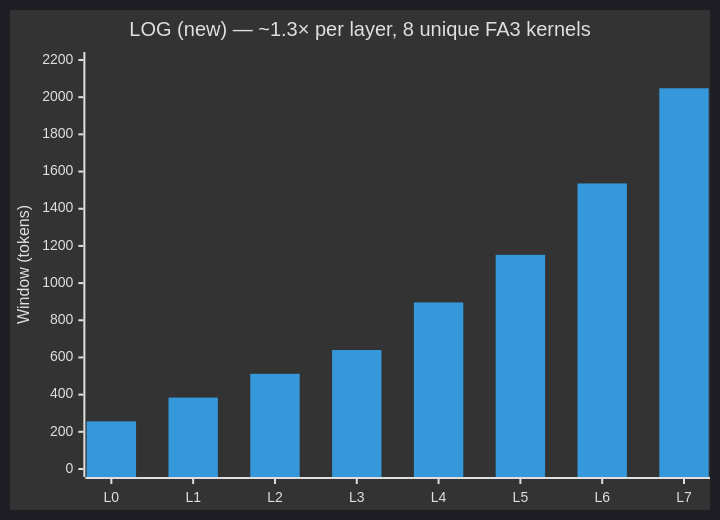
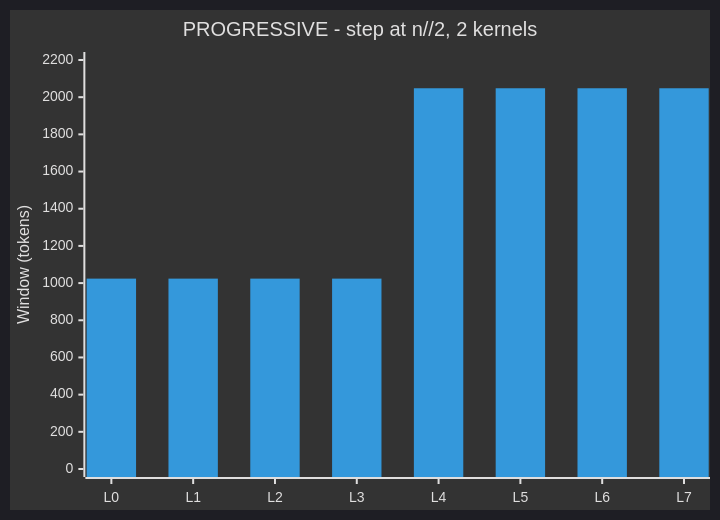
One commit to Hatajohn/autoresearch changed the third of 5 diagrams in architecture.md. Above: the diagram before and after it, drawn with Mermaid. The commit also changed other lines of this file and 1 other file, not shown here.

First line of the commit message:
Make LOG the default window pattern; fix Mermaid syntax errors

````diff
--- a/architecture.md
+++ b/architecture.md
@@ -171,8 +171,8 @@
 ```mermaid
 %%{init: {'theme': 'dark'}}%%
 xychart-beta
-    title "LOG  (new) — ~1.3× per layer, 8 unique FA3 kernels"
+    title "PROGRESSIVE - step at n//2, 2 kernels"
     x-axis ["L0", "L1", "L2", "L3", "L4", "L5", "L6", "L7"]
     y-axis "Window (tokens)" 0 --> 2200
-    bar  [256, 384, 512, 640, 896, 1152, 1536, 2048]
+    bar  [1024, 1024, 1024, 1024, 2048, 2048, 2048, 2048]
 ```
````
